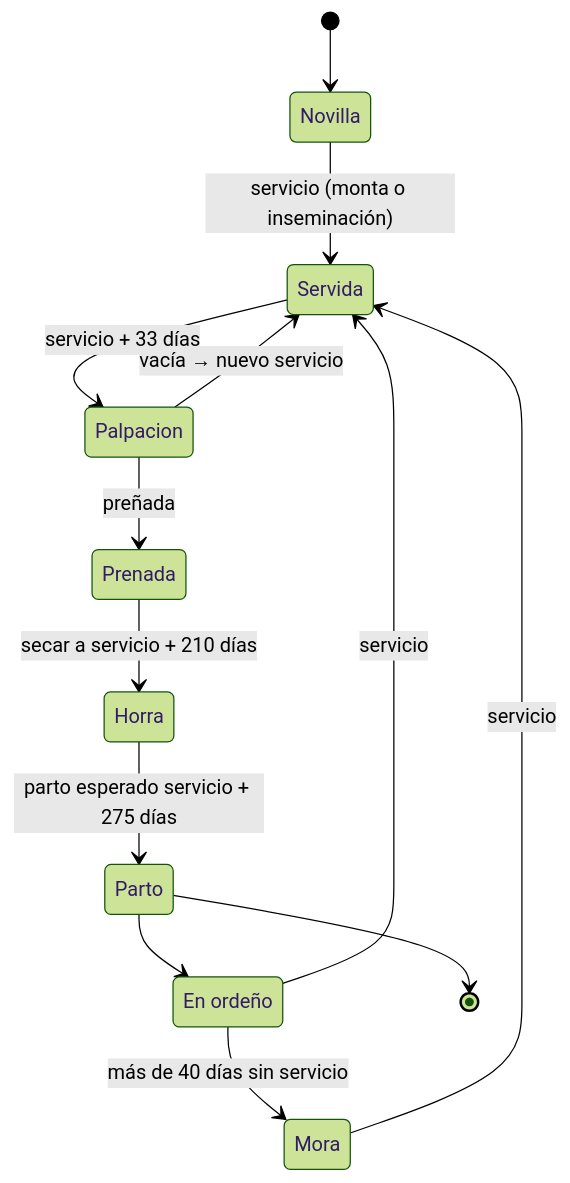
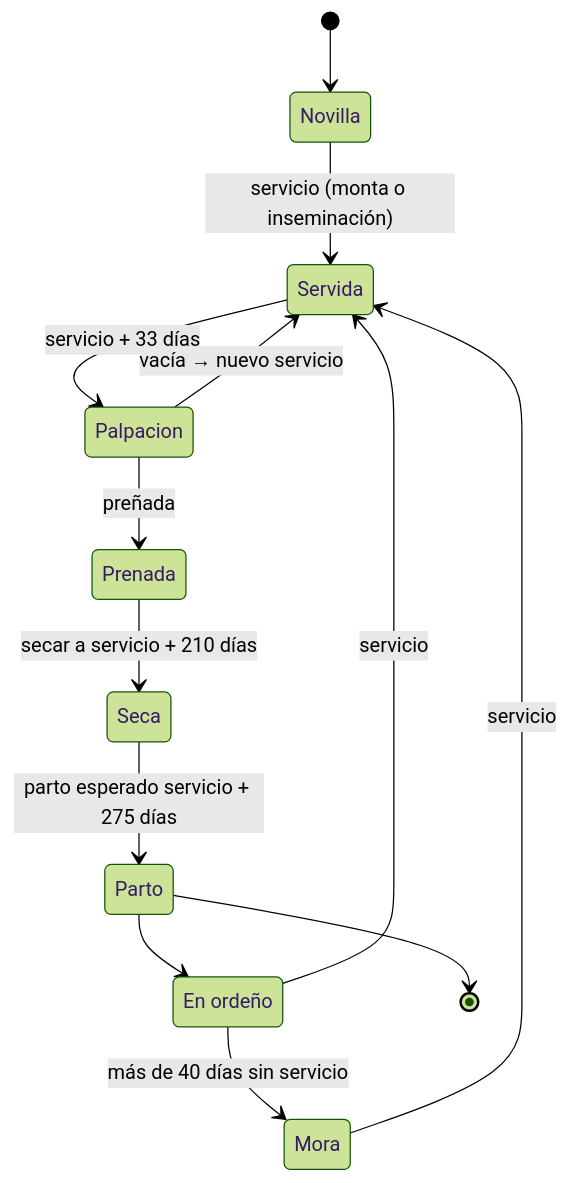
Before and after one commit to davideliaspalacio/vacInfo: the sixth of 12 diagrams in README.md, drawn with Mermaid (forest theme). The commit also changed other lines of this file and 53 other files, not shown here.

````diff
--- a/README.md
+++ b/README.md
@@ -315,16 +315,16 @@
 ```mermaid
 stateDiagram-v2
     [*] --> Novilla
     Novilla --> Servida: servicio (monta o inseminación)
     EnOrdeno: En ordeño
     Parto --> EnOrdeno
     EnOrdeno --> Servida: servicio
     EnOrdeno --> Mora: más de 40 días sin servicio
     Mora --> Servida: servicio
     Servida --> Palpacion: servicio + 33 días
     Palpacion --> Prenada: preñada
     Palpacion --> Servida: vacía → nuevo servicio
-    Prenada --> Horra: secar a servicio + 210 días
-    Horra --> Parto: parto esperado servicio + 275 días
+    Prenada --> Seca: secar a servicio + 210 días
+    Seca --> Parto: parto esperado servicio + 275 días
     Parto --> [*]
 ```
````
